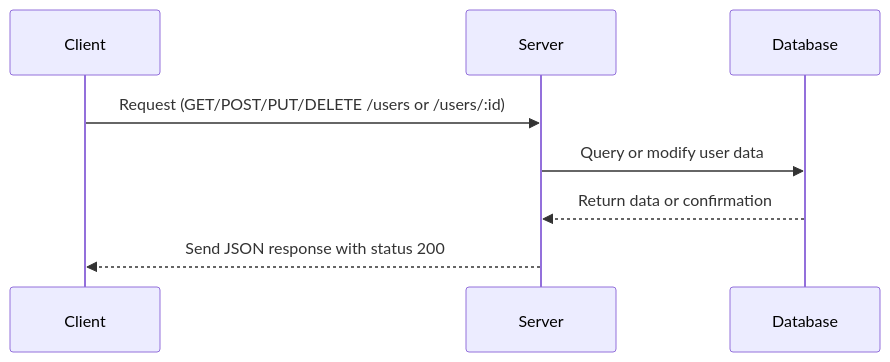
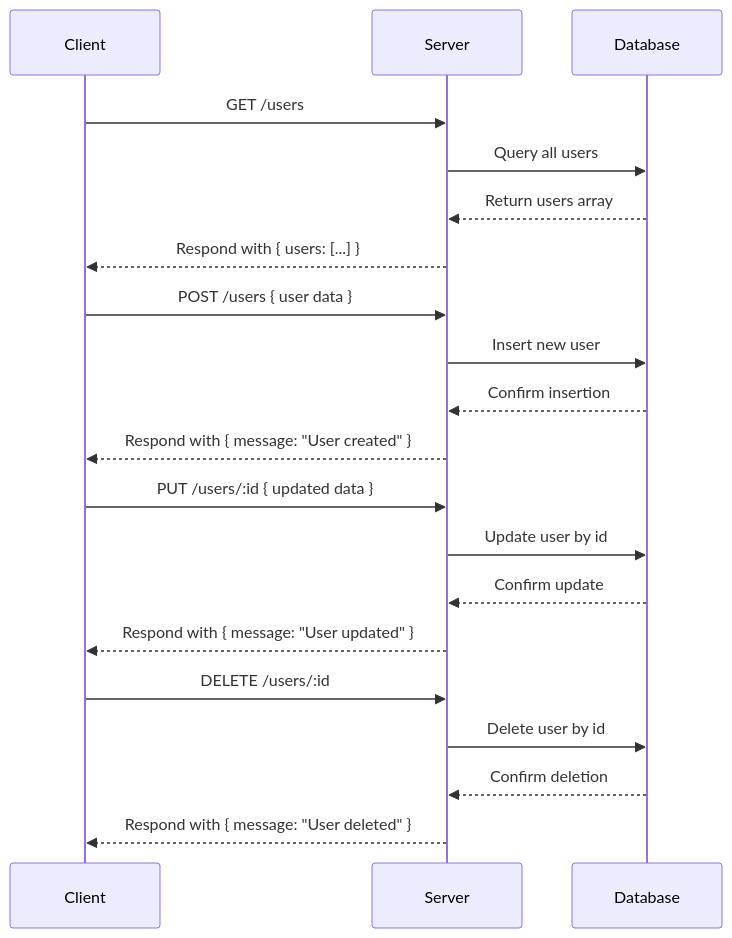
Before and after one commit to shruthikha/sample-api-project: the diagram in generated-api-docs.md, drawn with Mermaid. The commit also changed other lines of this file, not shown here.

````diff
--- a/generated-api-docs.md
+++ b/generated-api-docs.md
@@ -264,11 +267,26 @@
 ```mermaid
 sequenceDiagram
     participant Client
     participant Server
     participant Database
 
-    Client->>Server: Request (GET/POST/PUT/DELETE /users or /users/:id)
-    Server->>Database: Query or modify user data
-    Database-->>Server: Return data or confirmation
-    Server-->>Client: Send JSON response with status 200
+    Client->>Server: GET /users
+    Server->>Database: Query all users
+    Database-->>Server: Return users array
+    Server-->>Client: Respond with { users: [...] }
+
+    Client->>Server: POST /users { user data }
+    Server->>Database: Insert new user
+    Database-->>Server: Confirm insertion
+    Server-->>Client: Respond with { message: "User created" }
+
+    Client->>Server: PUT /users/:id { updated data }
+    Server->>Database: Update user by id
+    Database-->>Server: Confirm update
+    Server-->>Client: Respond with { message: "User updated" }
+
+    Client->>Server: DELETE /users/:id
+    Server->>Database: Delete user by id
+    Database-->>Server: Confirm deletion
+    Server-->>Client: Respond with { message: "User deleted" }
 ```
````
